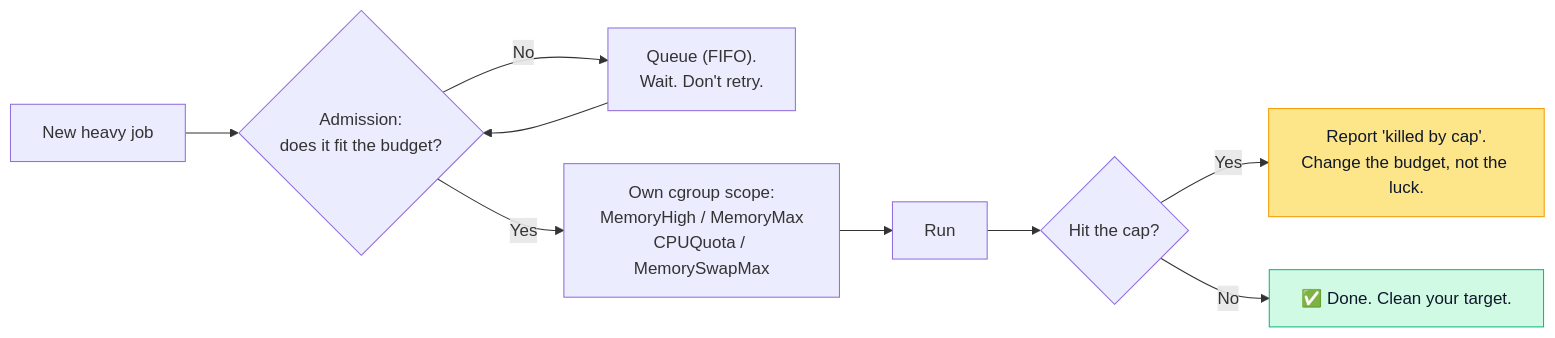
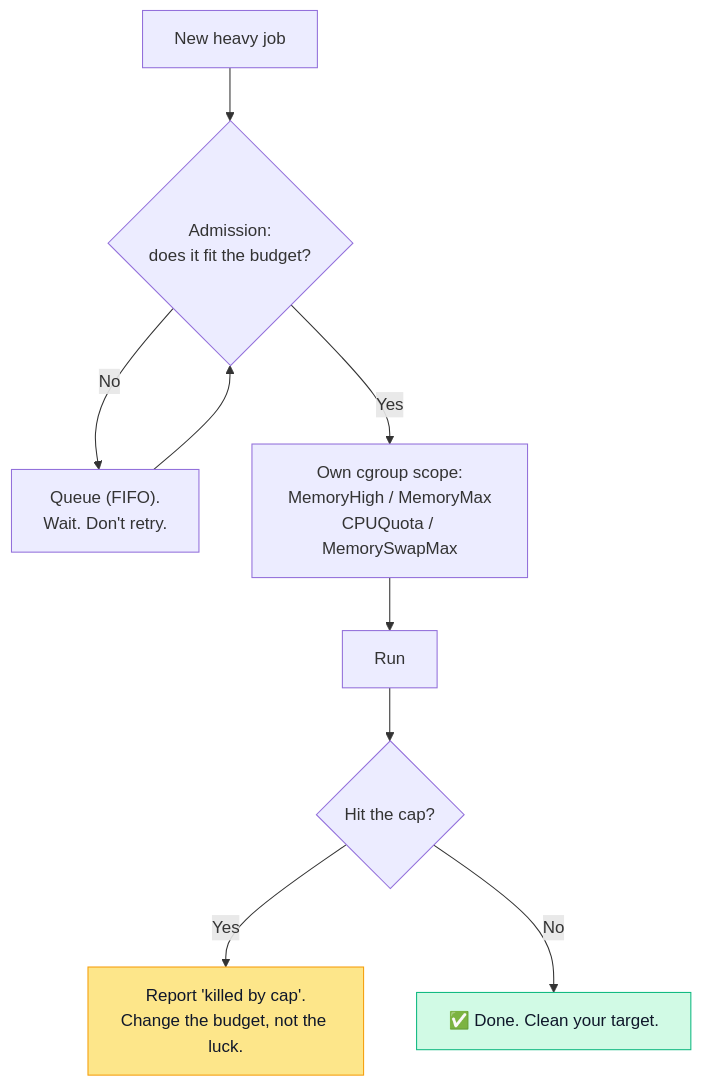
The fourth of 4 diagrams in apps/cms/src/bootstrap/articles/13-mad-max-fury-load.md (WhyThatFunction/ssegning-com), drawn with Mermaid before and after one commit. The commit also changed other lines of this file and 26 other files, not shown here.

First line of the commit message:
feat(cms,web): every article gets graphs (#26)

````diff
--- a/apps/cms/src/bootstrap/articles/13-mad-max-fury-load.md
+++ b/apps/cms/src/bootstrap/articles/13-mad-max-fury-load.md
@@ -136,13 +152,13 @@
 ```mermaid
-flowchart LR
+flowchart TD
     Job["New heavy job"] --> Adm{"Admission:<br/>does it fit the budget?"}
     Adm -->|No| Q["Queue (FIFO).<br/>Wait. Don't retry."]
     Q --> Adm
     Adm -->|Yes| Scope["Own cgroup scope:<br/>MemoryHigh / MemoryMax<br/>CPUQuota / MemorySwapMax"]
     Scope --> Run[Run]
     Run --> Ev{"Hit the cap?"}
     Ev -->|Yes| Report["Report 'killed by cap'.<br/>Change the budget, not the luck."]
     Ev -->|No| Done["✅ Done. Clean your target."]
     style Done fill:#d1fae5,stroke:#10b981,color:#0f172a
     style Report fill:#fde68a,stroke:#f59e0b,color:#0f172a
 ```
````
